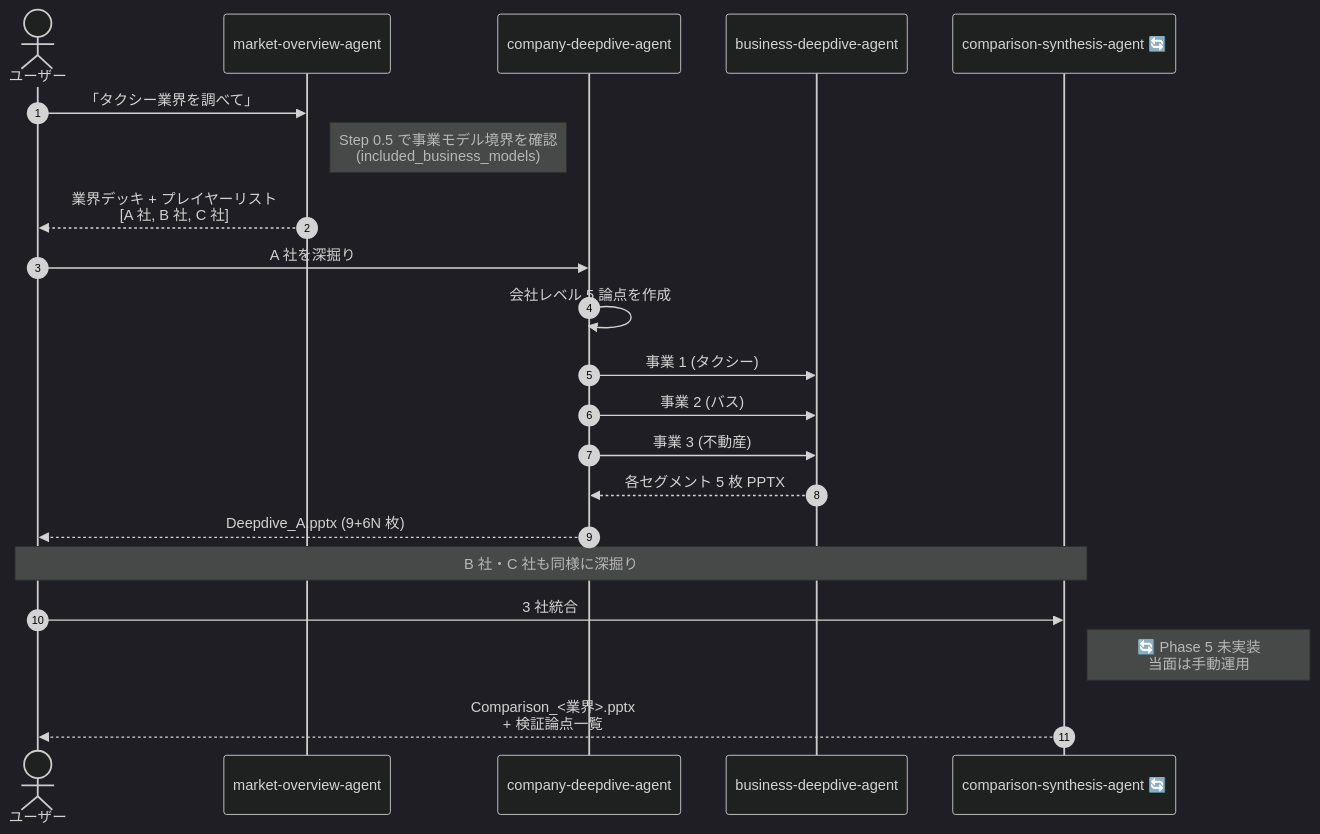
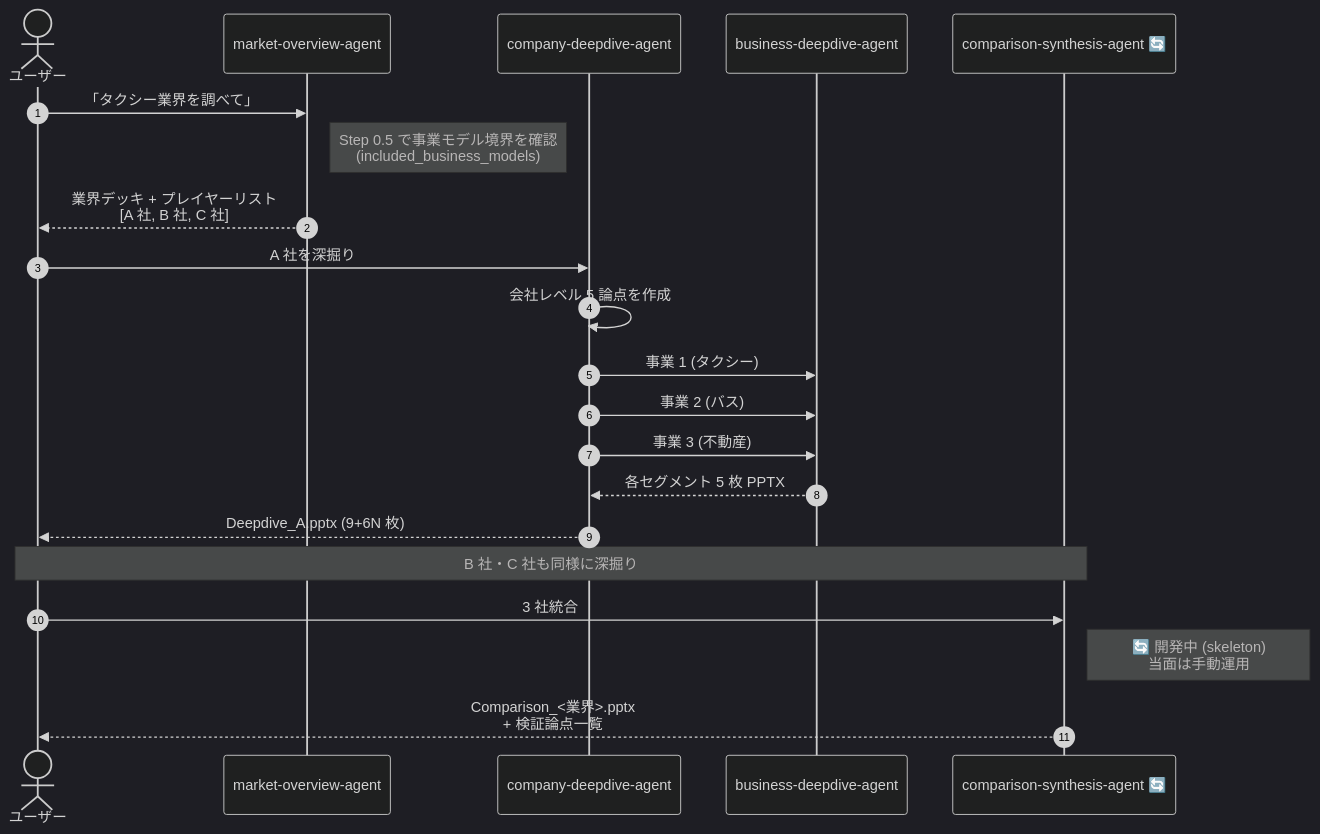
One commit to marucoXXX/skills-factory changed the second of 2 diagrams in docs/skills_factory_overview.md. Above: the diagram before and after it, drawn with Mermaid (dark theme). The commit also changed other lines of this file, not shown here.

````diff
--- a/docs/skills_factory_overview.md
+++ b/docs/skills_factory_overview.md
@@ -233,27 +256,27 @@
 ```mermaid
 sequenceDiagram
     autonumber
     actor User as ユーザー
     participant MO as market-overview-agent
     participant CD as company-deepdive-agent
     participant BD as business-deepdive-agent
     participant CS as comparison-synthesis-agent 🔄
 
     User->>MO: 「タクシー業界を調べて」
     Note right of MO: Step 0.5 で事業モデル境界を確認<br/>(included_business_models)
     MO-->>User: 業界デッキ + プレイヤーリスト<br/>[A 社, B 社, C 社]
 
     User->>CD: A 社を深掘り
     CD->>CD: 会社レベル 5 論点を作成
     CD->>BD: 事業 1 (タクシー)
     CD->>BD: 事業 2 (バス)
     CD->>BD: 事業 3 (不動産)
     BD-->>CD: 各セグメント 5 枚 PPTX
     CD-->>User: Deepdive_A.pptx (9+6N 枚)
 
     Note over User,CS: B 社・C 社も同様に深掘り
 
     User->>CS: 3 社統合
-    Note right of CS: 🔄 Phase 5 未実装<br/>当面は手動運用
+    Note right of CS: 🔄 開発中 (skeleton)<br/>当面は手動運用
     CS-->>User: Comparison_<業界>.pptx<br/>+ 検証論点一覧
 ```
````
